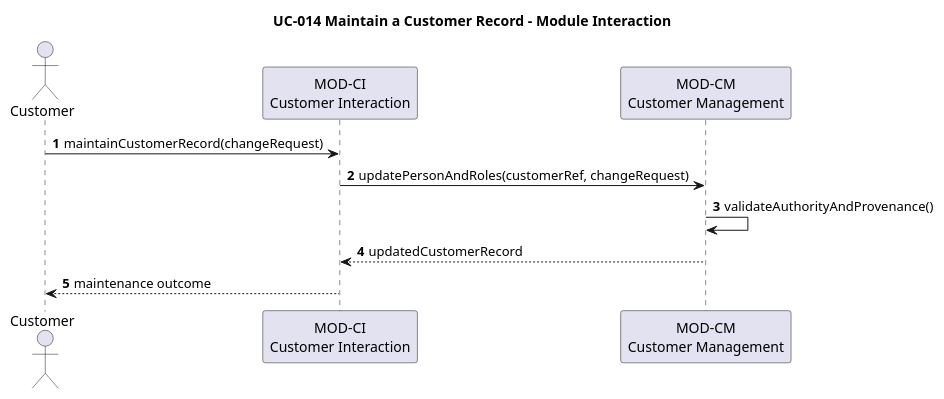
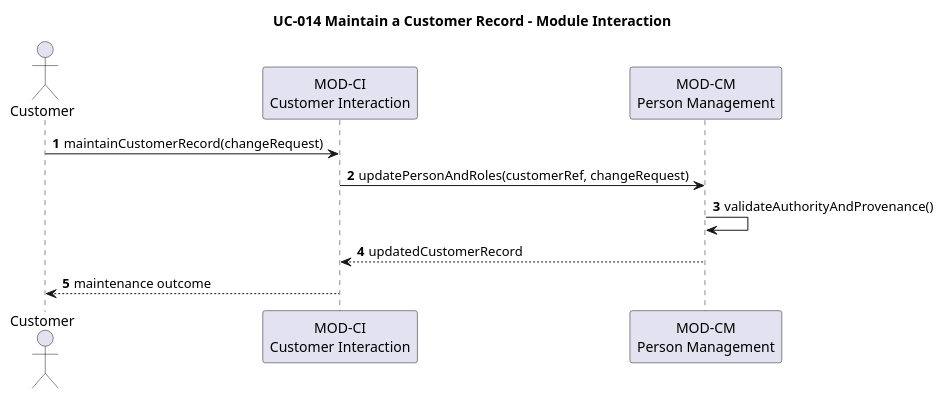
The diagram in docs/architecture/software-architecture/uc-014-maintain-customer-record.puml (hochschule-darmstadt/a3se_app), drawn with PlantUML before and after one commit. The commit also changed 31 other files, not shown here.

```diff
--- a/docs/architecture/software-architecture/uc-014-maintain-customer-record.puml
+++ b/docs/architecture/software-architecture/uc-014-maintain-customer-record.puml
@@ -1,13 +1,13 @@
 @startuml
 title UC-014 Maintain a Customer Record - Module Interaction
 autonumber
 actor Customer
 participant "MOD-CI\nCustomer Interaction" as CI
-participant "MOD-CM\nCustomer Management" as CM
+participant "MOD-CM\nPerson Management" as CM
 
 Customer -> CI: maintainCustomerRecord(changeRequest)
 CI -> CM: updatePersonAndRoles(customerRef, changeRequest)
 CM -> CM: validateAuthorityAndProvenance()
 CM --> CI: updatedCustomerRecord
 CI --> Customer: maintenance outcome
 @enduml
```
